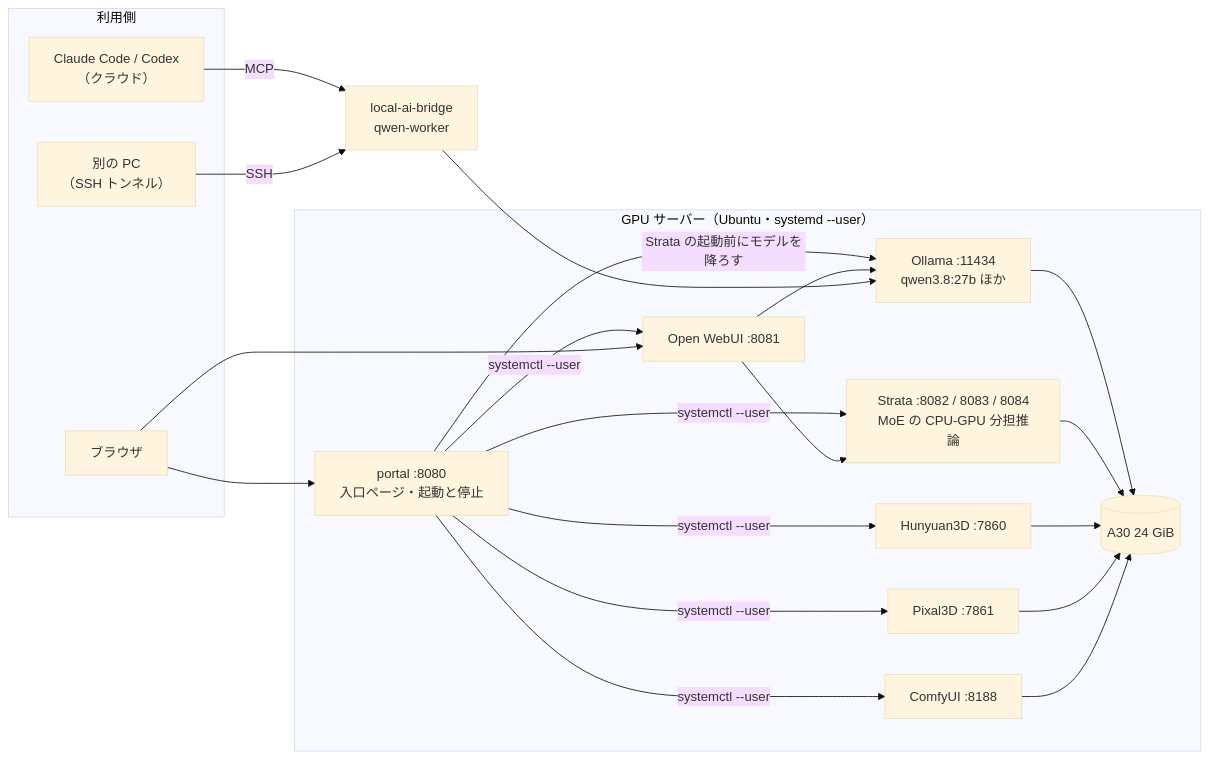
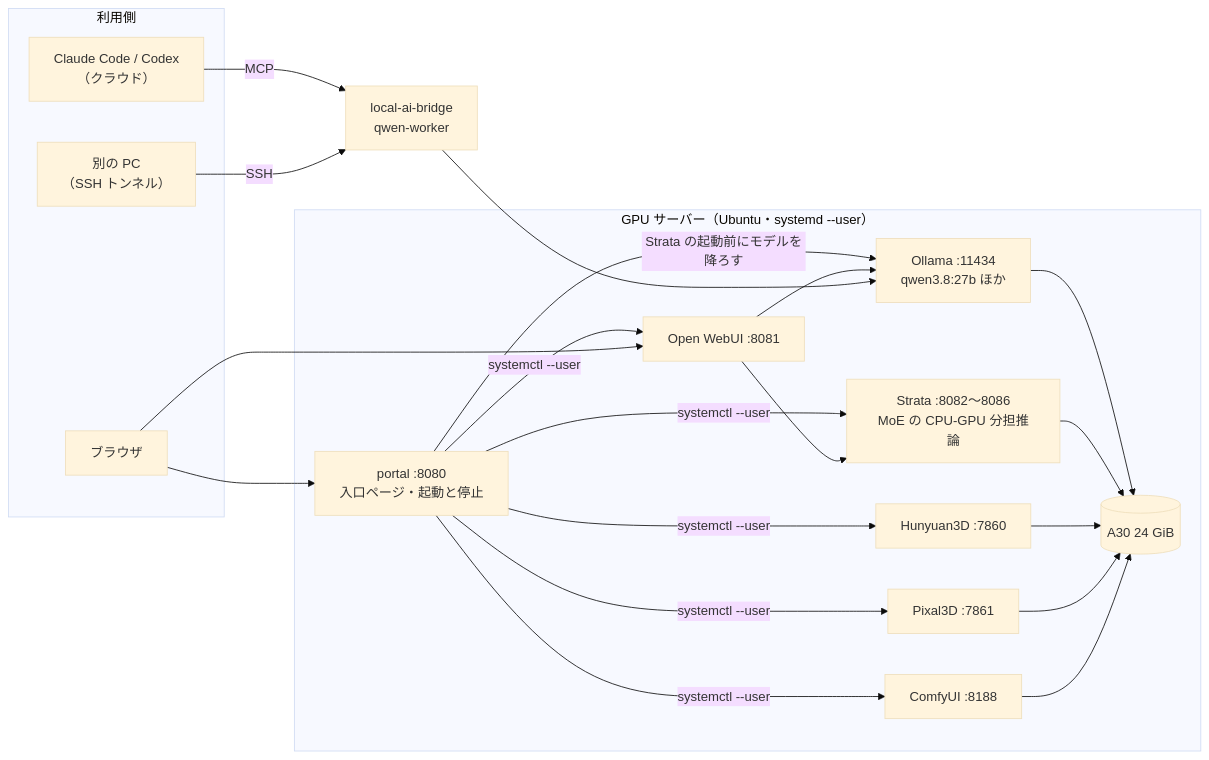
Before and after one commit to ringo7pie/localai: the first of 3 diagrams in docs/architecture.md, drawn with Mermaid (base theme). The commit also changed other lines of this file and 35 other files, not shown here.

````diff
--- a/docs/architecture.md
+++ b/docs/architecture.md
@@ -9,29 +9,29 @@
 ```mermaid
 flowchart LR
   subgraph clients["利用側"]
     browser["ブラウザ"]
     cloud["Claude Code / Codex<br/>（クラウド）"]
     other["別の PC<br/>（SSH トンネル）"]
   end
 
   subgraph server["GPU サーバー（Ubuntu・systemd --user）"]
     portal["portal :8080<br/>入口ページ・起動と停止"]
     webui["Open WebUI :8081"]
     ollama["Ollama :11434<br/>qwen3.8:27b ほか"]
-    strata["Strata :8082 / 8083 / 8084<br/>MoE の CPU-GPU 分担推論"]
+    strata["Strata :8082〜8086<br/>MoE の CPU-GPU 分担推論"]
     h3d["Hunyuan3D :7860"]
     p3d["Pixal3D :7861"]
     comfy["ComfyUI :8188"]
     gpu[("A30 24 GiB")]
   end
 
   browser --> portal
   portal -- "systemctl --user" --> webui & strata & h3d & p3d & comfy
   portal -- "Strata の起動前にモデルを降ろす" --> ollama
   browser --> webui
   webui --> ollama & strata
   cloud -- "MCP" --> bridge["local-ai-bridge<br/>qwen-worker"]
   other -- "SSH" --> bridge
   bridge --> ollama
   ollama & strata & h3d & p3d & comfy --> gpu
 ```
````
